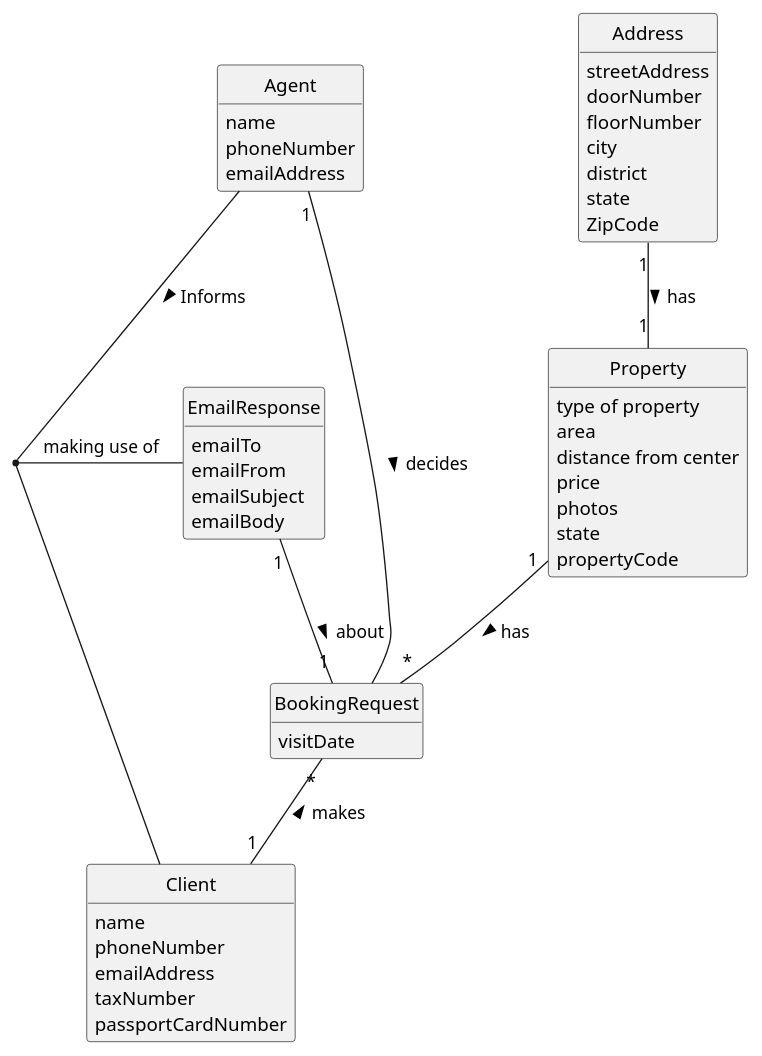
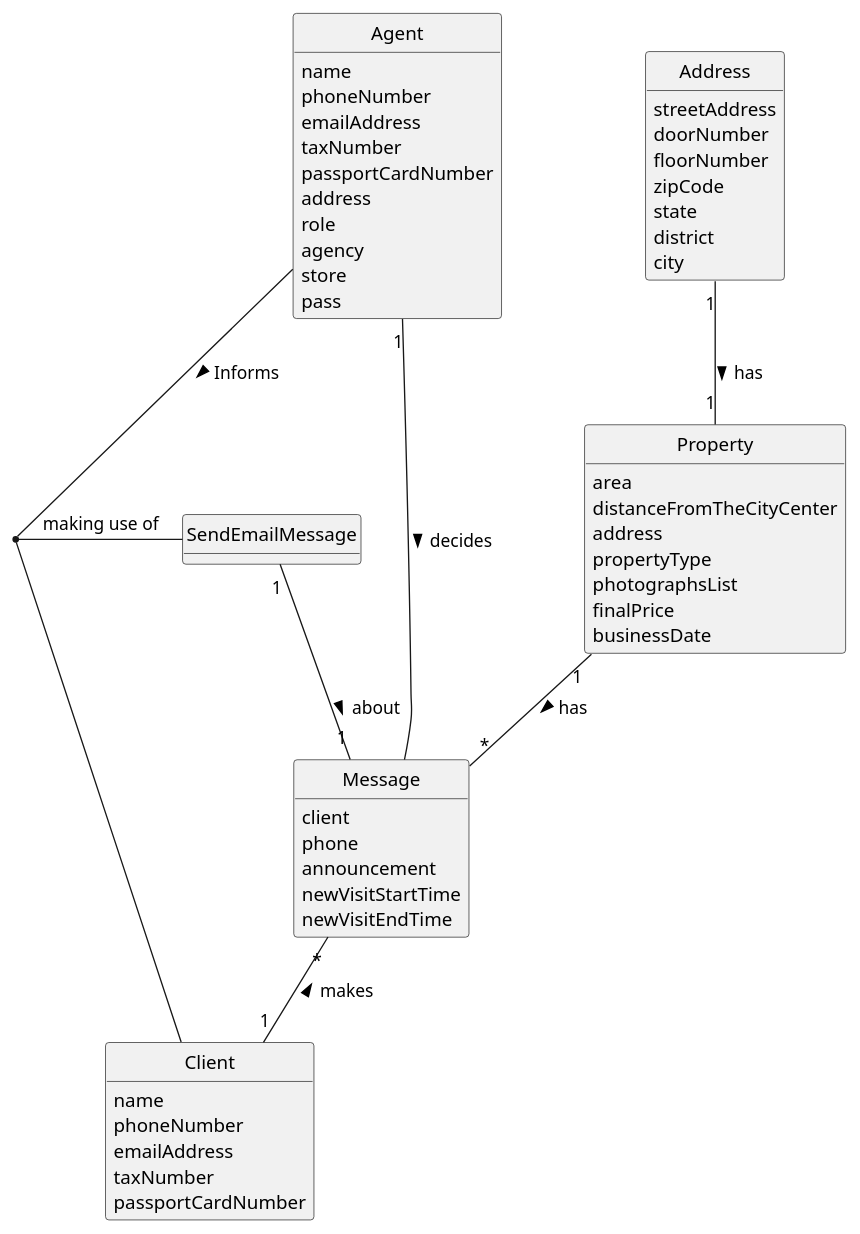
The diagram in docs/sprintD/us016/02.analysis/puml/us016-domain-model.puml (1220812/LAPR2), drawn with PlantUML before and after one commit. The commit also changed 1 other file, not shown here.

Commit message:
US016- Corrected the domain model, partly fixed the sequence diagram full

```diff
--- a/docs/sprintD/us016/02.analysis/puml/us016-domain-model.puml
+++ b/docs/sprintD/us016/02.analysis/puml/us016-domain-model.puml
@@ -1,77 +1,82 @@
 @startuml
 skinparam monochrome true
 skinparam packageStyle rectangle
 skinparam shadowing false
 
 'left to right direction
 
 skinparam classAttributeIconSize 0
 
 hide circle
 hide methods
 
 'title Domain Model
 
 'class Platform {
 '  -description
 '}
 
-class EmailResponse {
-    emailTo
-    emailFrom
-    emailSubject
-    emailBody
+class SendEmailMessage {
 }
 
 class Agent {
     name
     phoneNumber
     emailAddress
+    taxNumber
+    passportCardNumber
+    address
+    role
+    agency
+    store
+    pass
 }
 
 
 class Address {
      streetAddress
      doorNumber
      floorNumber
+     zipCode
+     state
+     district
      city
-     district
-     state
-     ZipCode
 }
 
 class Client {
       name
       phoneNumber
       emailAddress
       taxNumber
       passportCardNumber
 }
 
 class Property {
-       type of property
        area
-       distance from center
-       price
-       photos
-       state
-       propertyCode
-
+       distanceFromTheCityCenter
+       address
+       propertyType
+       photographsList
+       finalPrice
+       businessDate
 }
 
-class BookingRequest {
-    visitDate
-
+class Message {
+    client
+    phone
+    announcement
+    newVisitStartTime
+    newVisitEndTime
 }
 
 
 Agent -- Client: Informs >
-(Agent, Client) -- EmailResponse: making use of
+(Agent, Client) -- SendEmailMessage: making use of
 
-Property "1" -- "*" BookingRequest: has >
-EmailResponse "1" -- "1" BookingRequest: about >
-Agent "1" -- BookingRequest: decides >
-BookingRequest "*" -- "1" Client: makes <
+Property "1" -- "*" Message: has >
+SendEmailMessage "1" -- "1" Message: about >
+Agent "1" -- Message: decides >
+Message "*" -- "1" Client: makes <
 Address "1" -- "1" Property: has >
 
 @enduml
```
